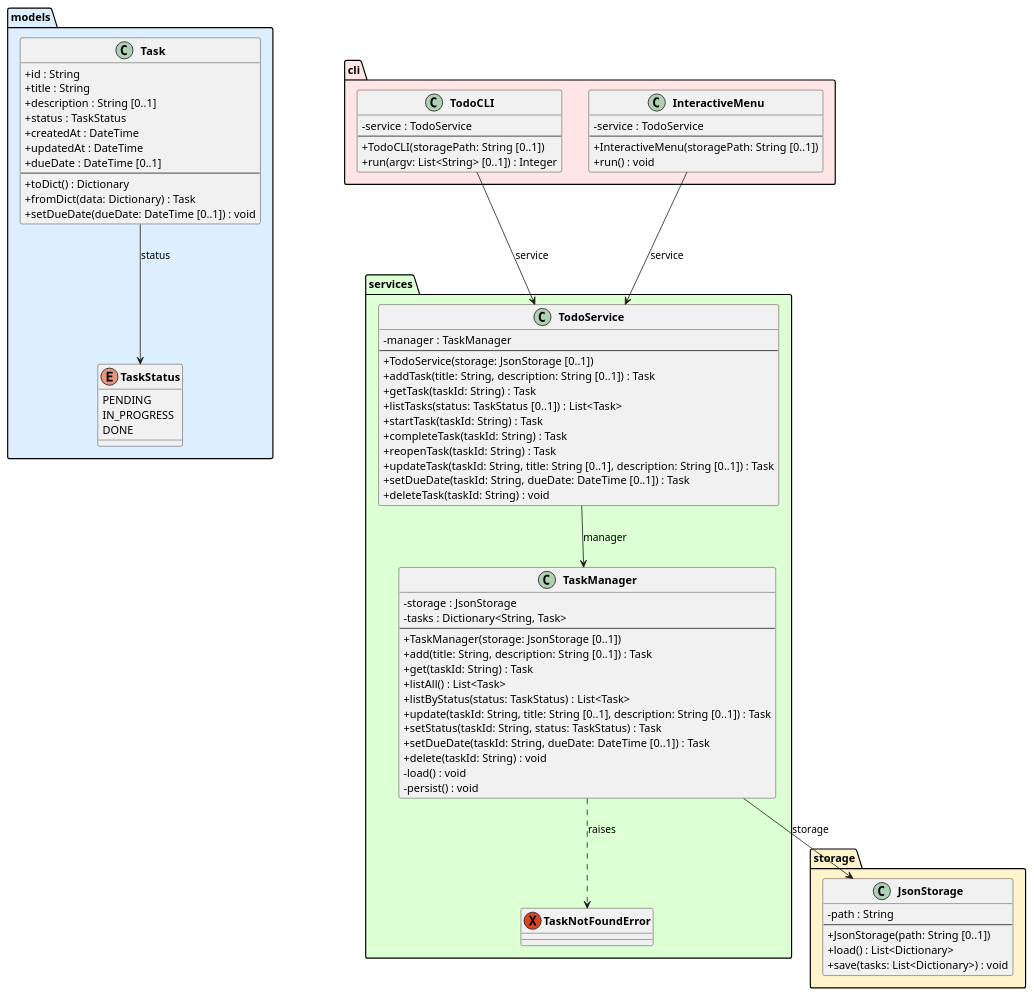
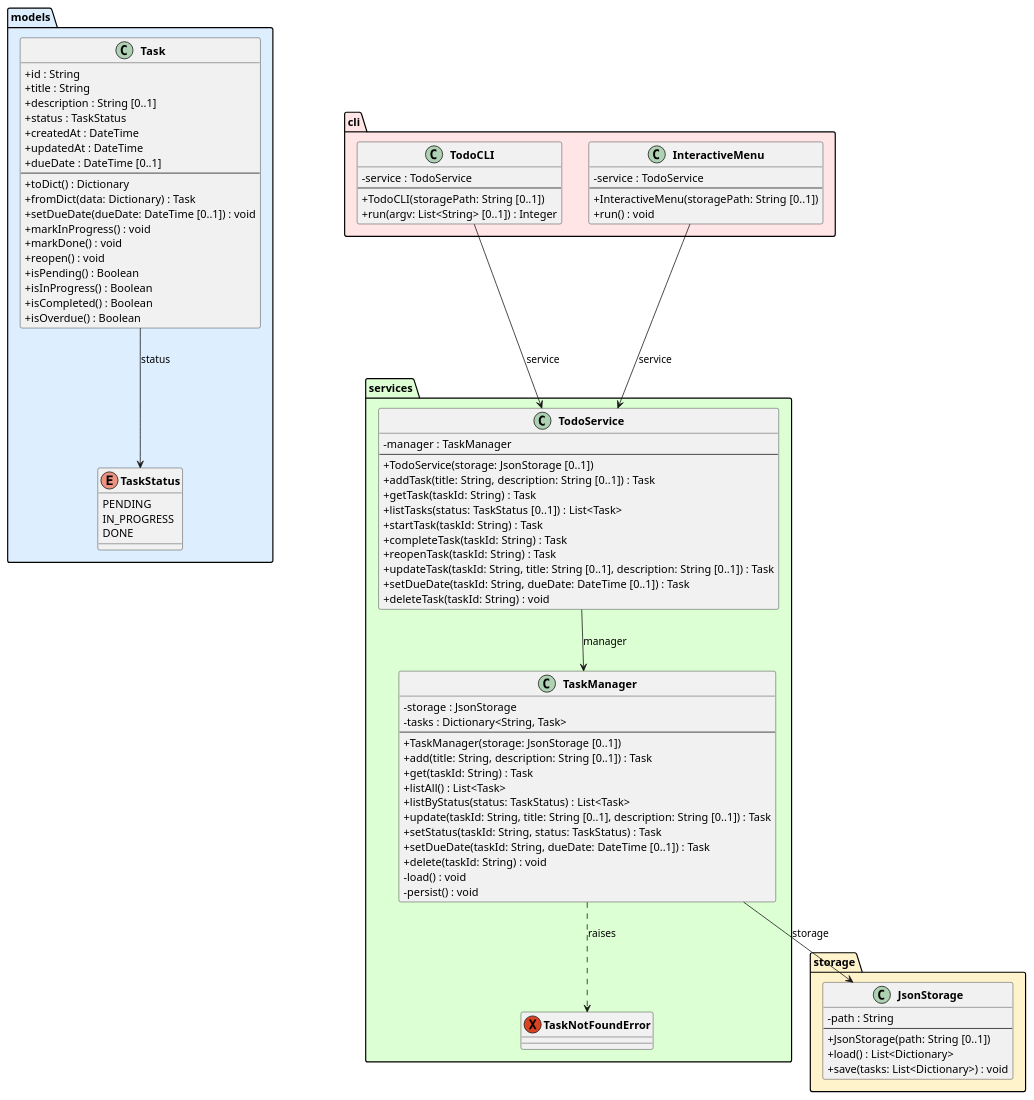
One commit to DanielRiha8906/Software_autoevolution_using_agents changed the diagram in experiments/broadcast/user_stories/TODO/artifacts/class_diagram.puml. Above: the diagram before and after it, drawn with PlantUML. The commit also changed 4 other files, not shown here.

```diff
--- a/experiments/broadcast/user_stories/TODO/artifacts/class_diagram.puml
+++ b/experiments/broadcast/user_stories/TODO/artifacts/class_diagram.puml
@@ -1,97 +1,104 @@
 @startuml class_diagram
 
 skinparam classAttributeIconSize 0
 skinparam classFontStyle bold
 
 package "models" #DDEEFF {
     enum TaskStatus {
         PENDING
         IN_PROGRESS
         DONE
     }
 
     class Task {
         +id : String
         +title : String
         +description : String [0..1]
         +status : TaskStatus
         +createdAt : DateTime
         +updatedAt : DateTime
         +dueDate : DateTime [0..1]
         --
         +toDict() : Dictionary
         +fromDict(data: Dictionary) : Task
         +setDueDate(dueDate: DateTime [0..1]) : void
+        +markInProgress() : void
+        +markDone() : void
+        +reopen() : void
+        +isPending() : Boolean
+        +isInProgress() : Boolean
+        +isCompleted() : Boolean
+        +isOverdue() : Boolean
     }
 }
 
 package "storage" #FFF3CC {
     class JsonStorage {
         -path : String
         --
         +JsonStorage(path: String [0..1])
         +load() : List<Dictionary>
         +save(tasks: List<Dictionary>) : void
     }
 }
 
 package "services" #DDFFD4 {
     exception TaskNotFoundError
 
     class TaskManager {
         -storage : JsonStorage
         -tasks : Dictionary<String, Task>
         --
         +TaskManager(storage: JsonStorage [0..1])
         +add(title: String, description: String [0..1]) : Task
         +get(taskId: String) : Task
         +listAll() : List<Task>
         +listByStatus(status: TaskStatus) : List<Task>
         +update(taskId: String, title: String [0..1], description: String [0..1]) : Task
         +setStatus(taskId: String, status: TaskStatus) : Task
         +setDueDate(taskId: String, dueDate: DateTime [0..1]) : Task
         +delete(taskId: String) : void
         -load() : void
         -persist() : void
     }
 
     class TodoService {
         -manager : TaskManager
         --
         +TodoService(storage: JsonStorage [0..1])
         +addTask(title: String, description: String [0..1]) : Task
         +getTask(taskId: String) : Task
         +listTasks(status: TaskStatus [0..1]) : List<Task>
         +startTask(taskId: String) : Task
         +completeTask(taskId: String) : Task
         +reopenTask(taskId: String) : Task
         +updateTask(taskId: String, title: String [0..1], description: String [0..1]) : Task
         +setDueDate(taskId: String, dueDate: DateTime [0..1]) : Task
         +deleteTask(taskId: String) : void
     }
 }
 
 package "cli" #FFE5E5 {
     class TodoCLI {
         -service : TodoService
         --
         +TodoCLI(storagePath: String [0..1])
         +run(argv: List<String> [0..1]) : Integer
     }
 
     class InteractiveMenu {
         -service : TodoService
         --
         +InteractiveMenu(storagePath: String [0..1])
         +run() : void
     }
 }
 
 Task --> TaskStatus : status
 TaskManager --> JsonStorage : storage
 TaskManager ..> TaskNotFoundError : raises
 TodoService --> TaskManager : manager
 TodoCLI --> TodoService : service
 InteractiveMenu --> TodoService : service
 
 @enduml
```
